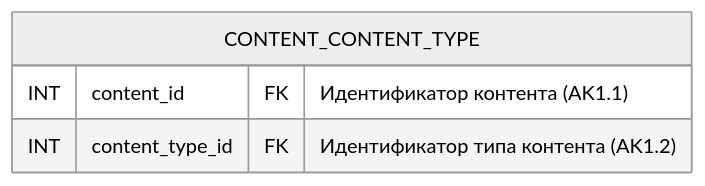
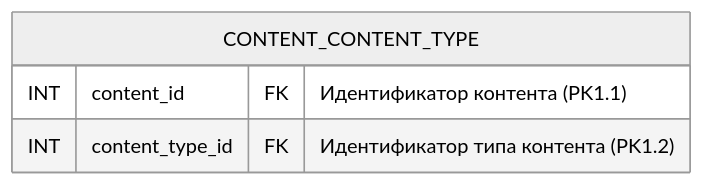
One commit to go-park-mail-ru/2024_1_Cyberkotletki changed diagram 21 of 21 in db/normalized/relations.md. Above: the diagram before and after it, drawn with Mermaid (neutral theme). The commit also changed other lines of this file and 2 other files, not shown here.

````diff
--- a/db/normalized/relations.md
+++ b/db/normalized/relations.md
@@ -527,7 +527,7 @@
 ```mermaid
 erDiagram
     CONTENT_CONTENT_TYPE {
-        INT content_id FK "Идентификатор контента (AK1.1)"
-        INT content_type_id FK "Идентификатор типа контента (AK1.2)"
+        INT content_id FK "Идентификатор контента (PK1.1)"
+        INT content_type_id FK "Идентификатор типа контента (PK1.2)"
     }
 ```
````
